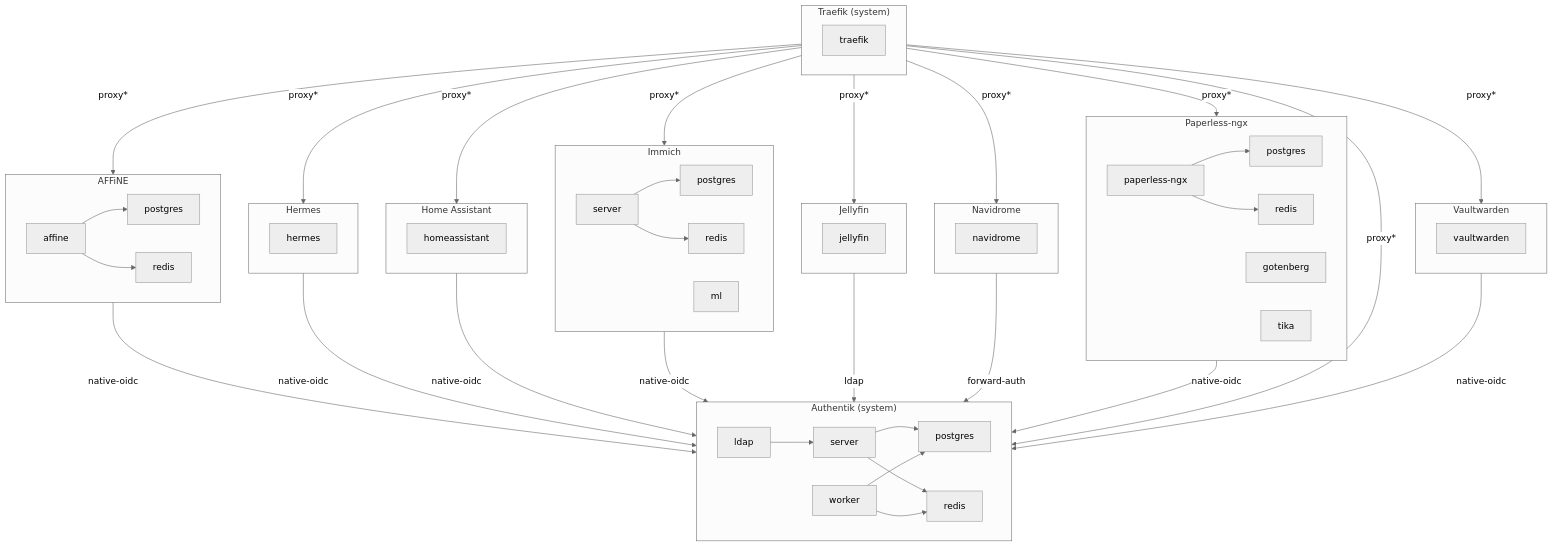
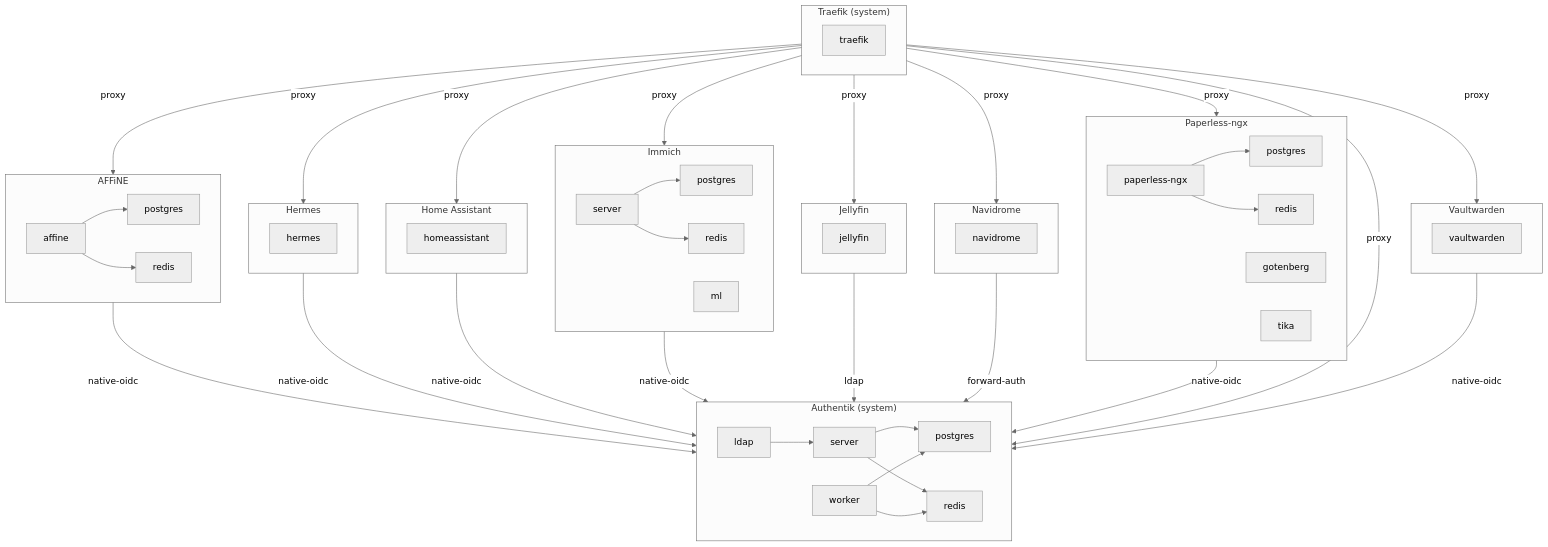
One commit to d-buckner/bloud changed the diagram in README.md. Above: the diagram before and after it, drawn with Mermaid (neutral theme). The commit also changed other lines of this file and 2 other files, not shown here.

Commit message:
feat(graph): drop the required-integration star from edge labels
The `*` on `proxy*` carried the metadata's `required: true`, but every
proxy edge in the catalog is required and no sso edge is, so the marker
only ever decorated one edge type and read as part of the integration name.
Drop the notation: an edge is drawn because the integration resolves, and
the legend now explains the proxy direction and the SSO strategy labels
without the star.

````diff
--- a/README.md
+++ b/README.md
@@ -187,14 +187,14 @@
     app_jellyfin -->|ldap| app_authentik
     app_navidrome -->|forward-auth| app_authentik
     app_paperless_ngx -->|native-oidc| app_authentik
-    app_traefik -->|proxy*| app_affine
-    app_traefik -->|proxy*| app_authentik
-    app_traefik -->|proxy*| app_hermes
-    app_traefik -->|proxy*| app_homeassistant
-    app_traefik -->|proxy*| app_immich
-    app_traefik -->|proxy*| app_jellyfin
-    app_traefik -->|proxy*| app_navidrome
-    app_traefik -->|proxy*| app_paperless_ngx
-    app_traefik -->|proxy*| app_vaultwarden
+    app_traefik -->|proxy| app_affine
+    app_traefik -->|proxy| app_authentik
+    app_traefik -->|proxy| app_hermes
+    app_traefik -->|proxy| app_homeassistant
+    app_traefik -->|proxy| app_immich
+    app_traefik -->|proxy| app_jellyfin
+    app_traefik -->|proxy| app_navidrome
+    app_traefik -->|proxy| app_paperless_ngx
+    app_traefik -->|proxy| app_vaultwarden
     app_vaultwarden -->|native-oidc| app_authentik
 ```
````
